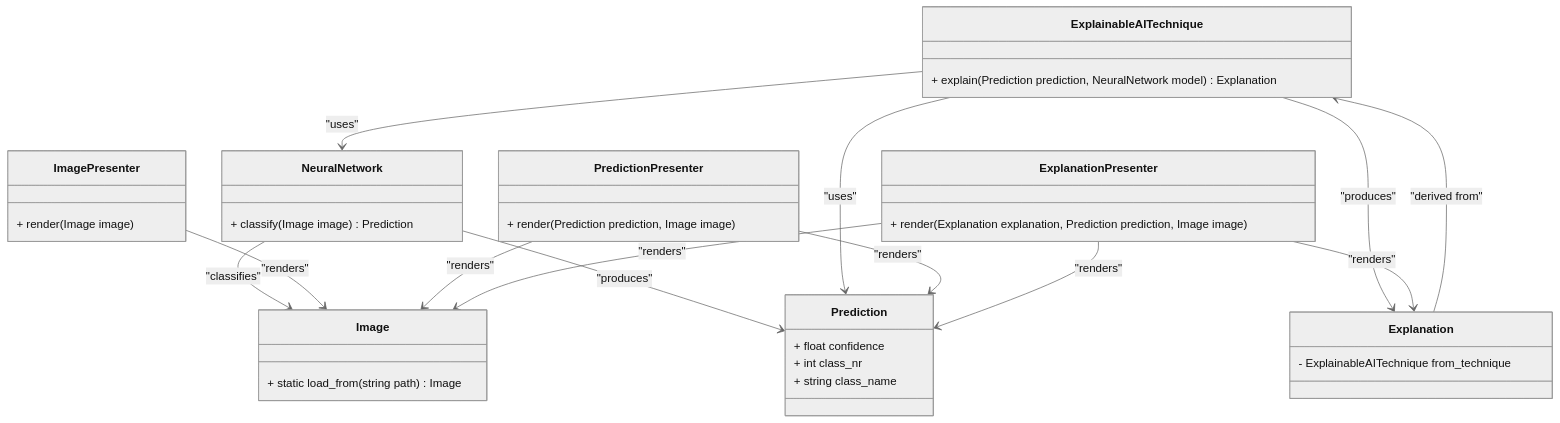
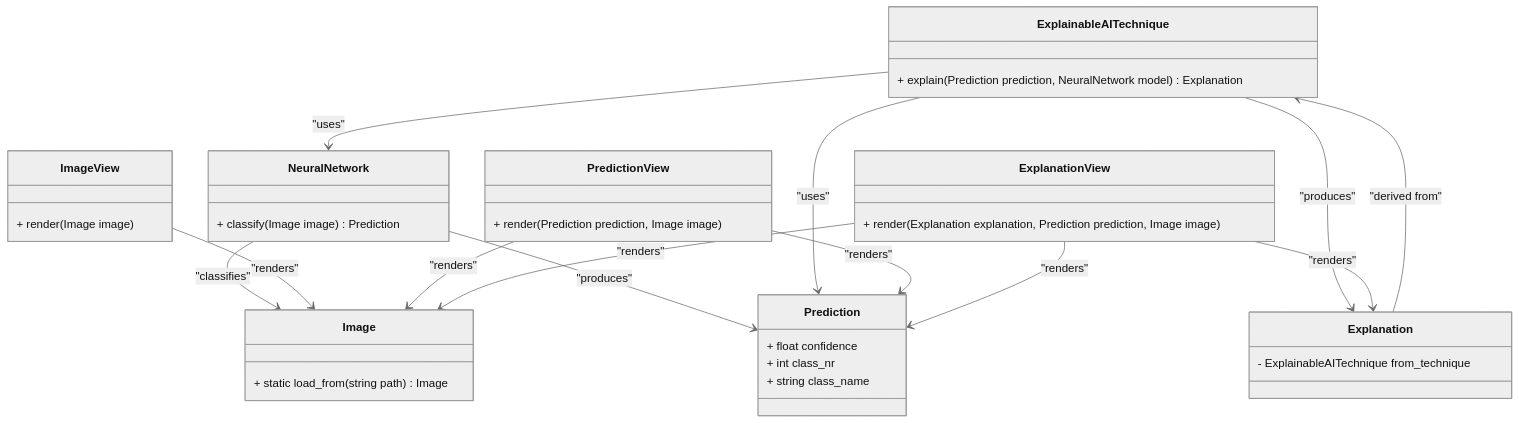
The second of 3 diagrams in documentation/01_static_and_dynamic_models.md (GermainGirndt/visual-explanaible-ai), drawn with Mermaid (neutral theme) before and after one commit. The commit also changed other lines of this file, not shown here.

Commit message:
Changed architecture to MVP

````diff
--- a/documentation/01_static_and_dynamic_models.md
+++ b/documentation/01_static_and_dynamic_models.md
@@ -127,67 +139,67 @@
 ```mermaid
 classDiagram
 %% --------------------
 %% Model Layer
 %% --------------------
 class Image {
     + static load_from(string path) Image
 }
 
 class NeuralNetwork {
     + classify(Image image) Prediction
 }
 
 class Prediction {
     + float confidence
     + int class_nr
     + string class_name
 }
 
 class ExplainableAITechnique {
     + explain(Prediction prediction, NeuralNetwork model) Explanation
 }
 
 class Explanation {
     - ExplainableAITechnique from_technique
 }
 
 %% --------------------
 %% View Layer (Separate Web Pages)
 %% --------------------
-class ImagePresenter {
+class ImageView {
     + render(Image image)
 }
 
-class PredictionPresenter {
+class PredictionView {
     + render(Prediction prediction, Image image)
 }
 
-class ExplanationPresenter {
+class ExplanationView {
     + render(Explanation explanation, Prediction prediction, Image image)
 }
 
 %% --------------------
 %% Relationships (Models)
 %% --------------------
 NeuralNetwork --> Image : "classifies"
 NeuralNetwork --> Prediction : "produces"
 
 ExplainableAITechnique --> NeuralNetwork : "uses"
 ExplainableAITechnique --> Prediction : "uses"
 ExplainableAITechnique --> Explanation : "produces"
 
 Explanation --> ExplainableAITechnique : "derived from"
 
 %% --------------------
 %% Relationships (Views)
 %% --------------------
-ImagePresenter --> Image : "renders"
+ImageView --> Image : "renders"
 
-PredictionPresenter --> Prediction : "renders"
-PredictionPresenter --> Image : "renders"
+PredictionView --> Prediction : "renders"
+PredictionView --> Image : "renders"
 
-ExplanationPresenter --> Explanation : "renders"
-ExplanationPresenter --> Prediction : "renders"
-ExplanationPresenter --> Image : "renders"
+ExplanationView --> Explanation : "renders"
+ExplanationView --> Prediction : "renders"
+ExplanationView --> Image : "renders"
 
 ```
````
